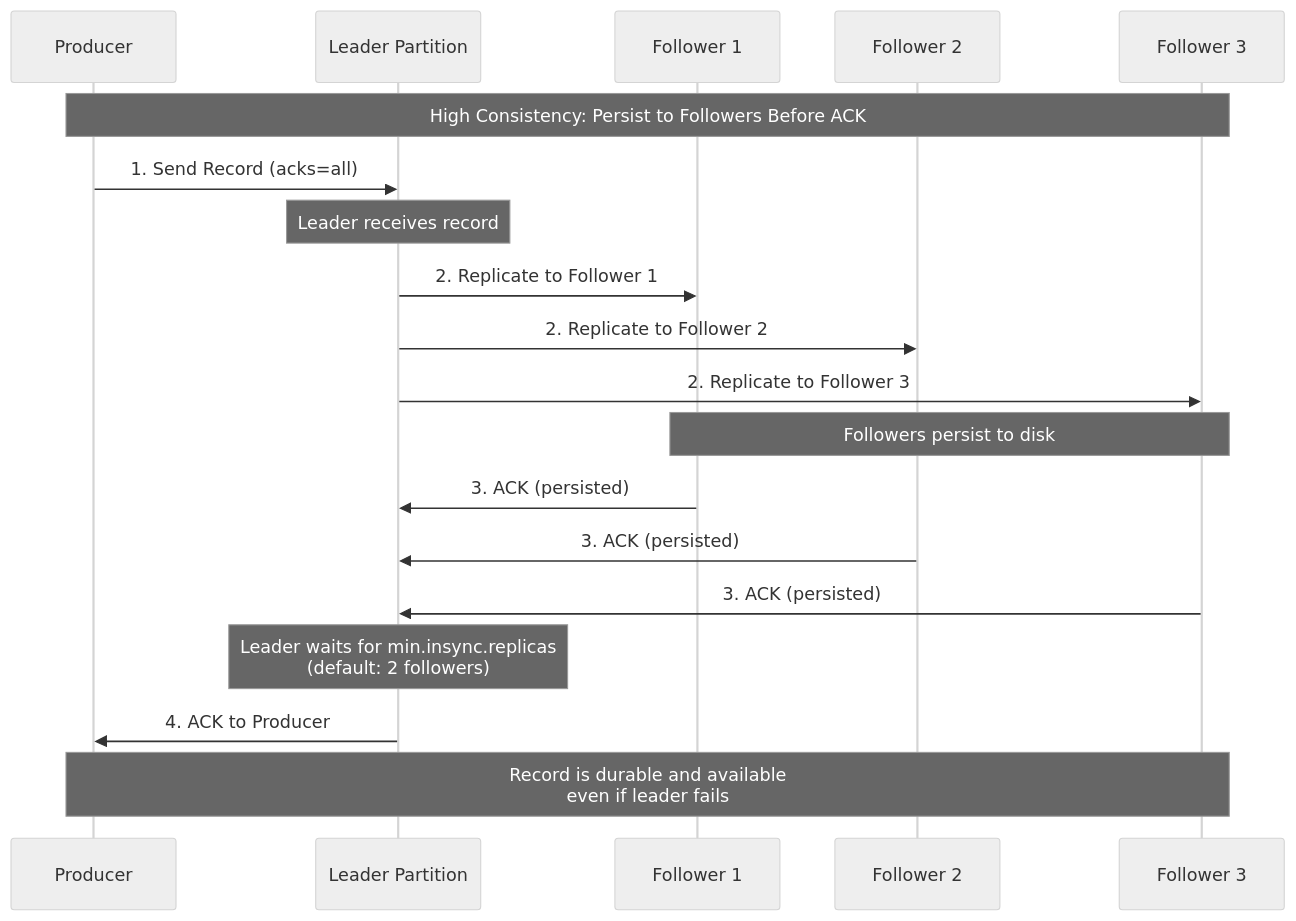
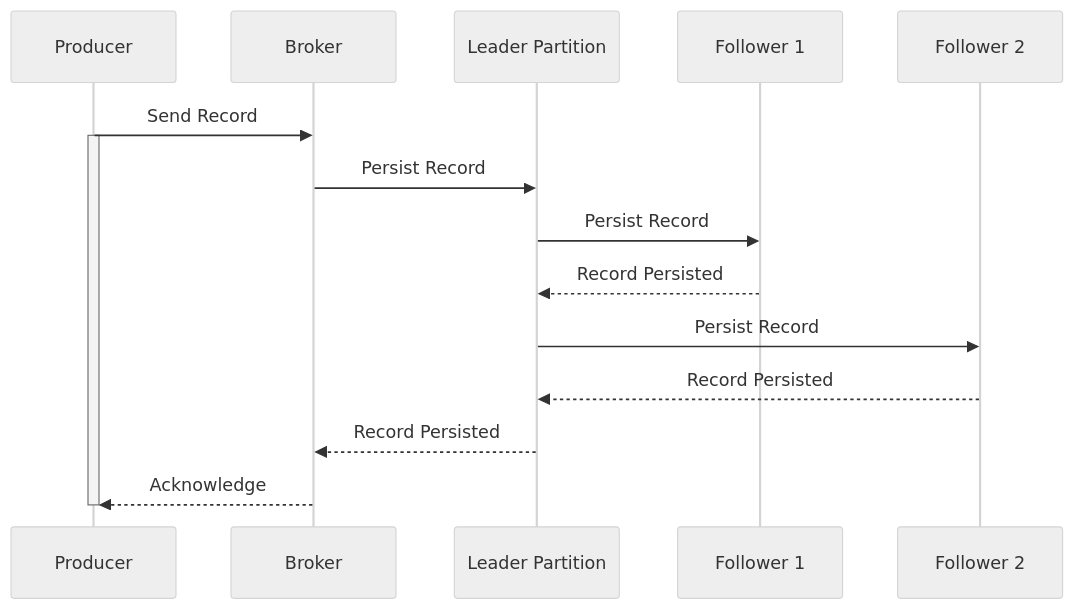
Before and after one commit to joeybrown/kafka: the diagram in diagrams/high-consistency.mmd, drawn with Mermaid (neutral theme). The commit also changed 4 other files, not shown here.

```diff
--- a/diagrams/high-consistency.mmd
+++ b/diagrams/high-consistency.mmd
@@ -1,27 +1,17 @@
 sequenceDiagram
     participant P as Producer
+    participant B as Broker
     participant L as Leader Partition
     participant F1 as Follower 1
     participant F2 as Follower 2
-    participant F3 as Follower 3
 
-    Note over P,F3: High Consistency: Persist to Followers Before ACK
-
-    P->>L: 1. Send Record (acks=all)
-    Note over L: Leader receives record
-    
-    L->>F1: 2. Replicate to Follower 1
-    L->>F2: 2. Replicate to Follower 2
-    L->>F3: 2. Replicate to Follower 3
-    
-    Note over F1,F3: Followers persist to disk
-    
-    F1->>L: 3. ACK (persisted)
-    F2->>L: 3. ACK (persisted)
-    F3->>L: 3. ACK (persisted)
-    
-    Note over L: Leader waits for min.insync.replicas<br/>(default: 2 followers)
-    
-    L->>P: 4. ACK to Producer
-    
-    Note over P,F3: Record is durable and available<br/>even if leader fails
+    P->>B: Send Record
+    activate P
+      B->>L: Persist Record
+      L->>F1: Persist Record
+      F1-->>L: Record Persisted
+      L->>F2: Persist Record
+      F2-->>L: Record Persisted
+      L-->>B: Record Persisted
+      B-->>P: Acknowledge
+    deactivate P
```
